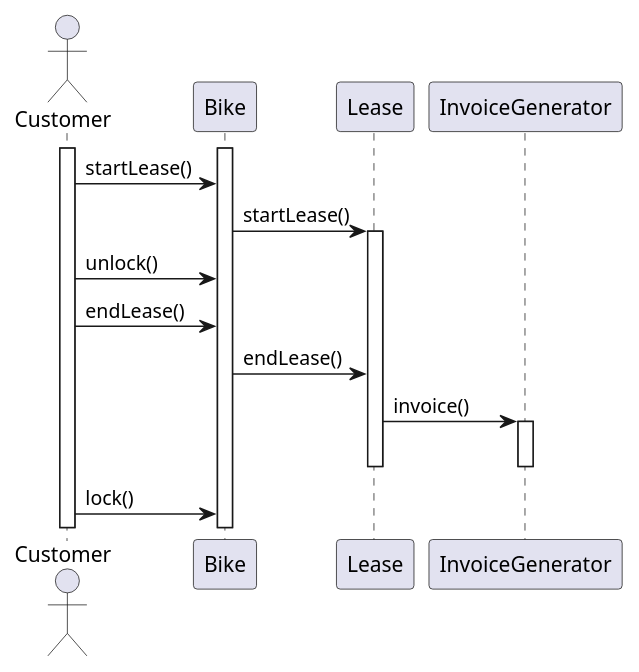
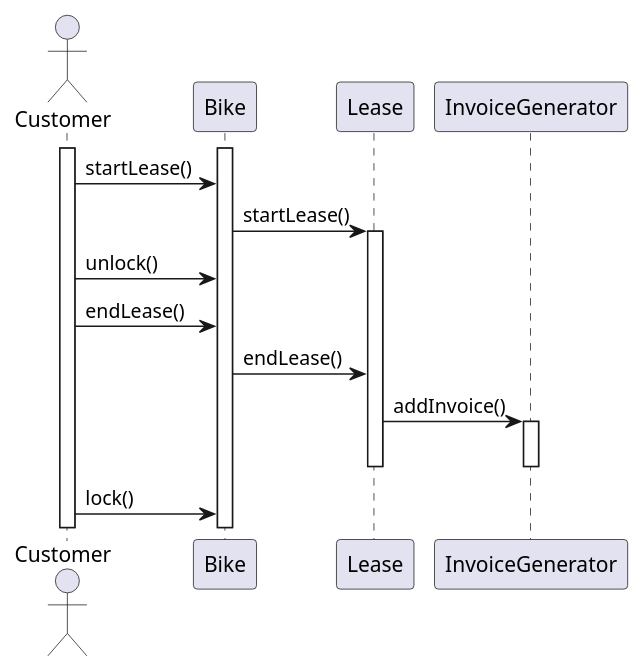
One commit to rbind/data-blog changed the diagram in content/post/programming/solid_principles_S.puml. Above: the diagram before and after it, drawn with PlantUML. The commit also changed 5 other files, not shown here.

```diff
--- a/content/post/programming/solid_principles_S.puml
+++ b/content/post/programming/solid_principles_S.puml
@@ -1,16 +1,16 @@
 @startuml
 actor Customer
 activate Customer
 activate Bike
 Customer -> Bike: startLease()
 Bike -> Lease : startLease()
 activate Lease
 Customer -> Bike: unlock()
 Customer -> Bike: endLease()
 Bike -> Lease : endLease()
-Lease -> InvoiceGenerator : invoice()
+Lease -> InvoiceGenerator : addInvoice()
 activate InvoiceGenerator
 deactivate InvoiceGenerator
 deactivate Lease
 Customer -> Bike: lock()
 @enduml
```
